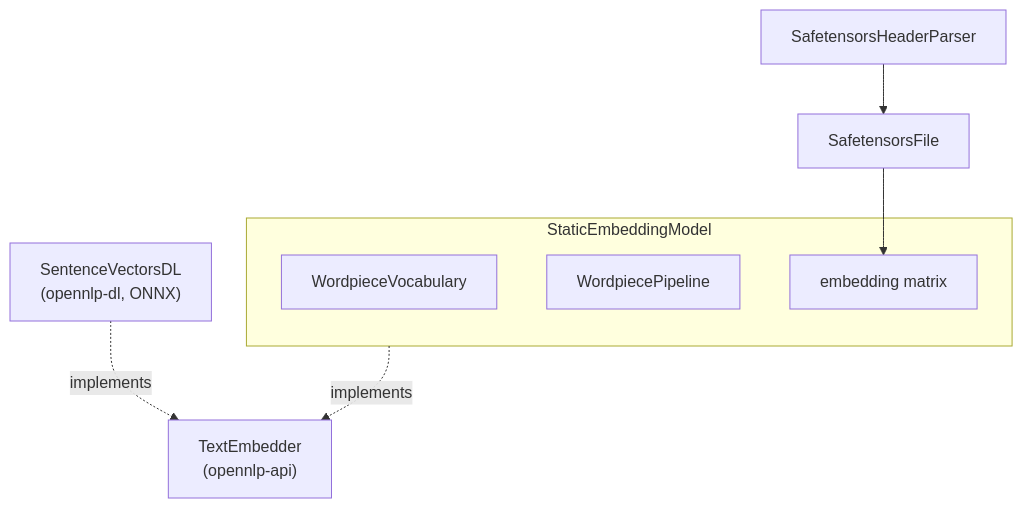
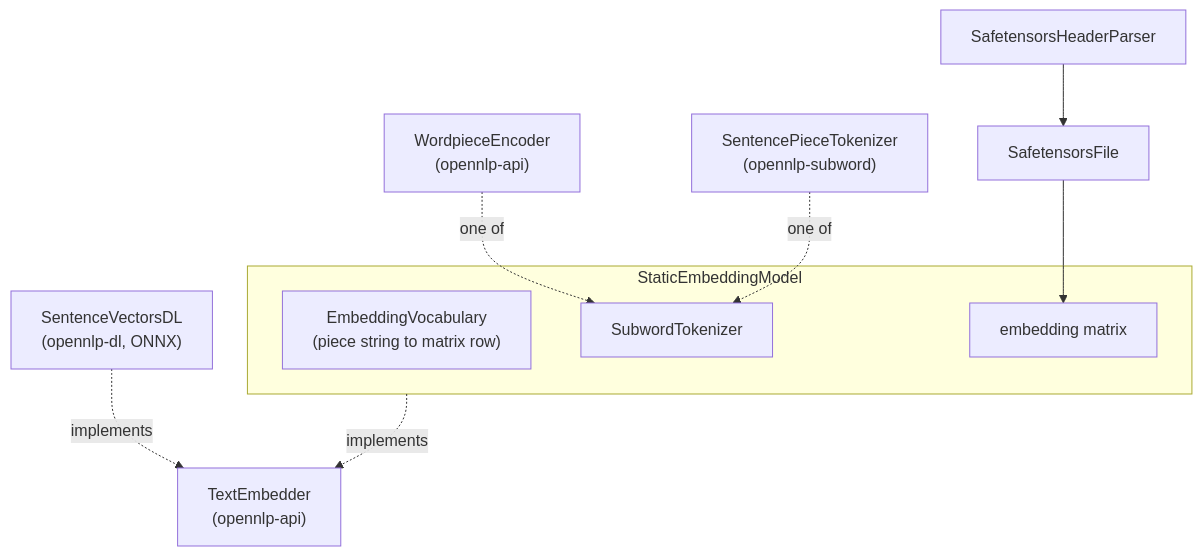
Before and after one commit to ai-pipestream/opennlp: the third of 3 diagrams in opennlp-extensions/opennlp-embeddings/README.md, drawn with Mermaid. The commit also changed other lines of this file and 14 other files, not shown here.

First line of the commit message:
OPENNLP-1877: Support SentencePiece models through the SubwordTokenizer seam

````diff
--- a/opennlp-extensions/opennlp-embeddings/README.md
+++ b/opennlp-extensions/opennlp-embeddings/README.md
@@ -85,12 +94,14 @@
 ```mermaid
 flowchart TD
   subgraph MODEL["StaticEmbeddingModel"]
-    WV["WordpieceVocabulary"]
-    WP["WordpiecePipeline"]
+    EV["EmbeddingVocabulary<br/>(piece string to matrix row)"]
+    ST["SubwordTokenizer"]
     MX["embedding matrix"]
   end
+  WE["WordpieceEncoder<br/>(opennlp-api)"] -. one of .-> ST
+  SP["SentencePieceTokenizer<br/>(opennlp-subword)"] -. one of .-> ST
   SHP["SafetensorsHeaderParser"] --> SF["SafetensorsFile"]
   SF --> MX
   MODEL -. implements .-> TE["TextEmbedder<br/>(opennlp-api)"]
   DL["SentenceVectorsDL<br/>(opennlp-dl, ONNX)"] -. implements .-> TE
 ```
````
